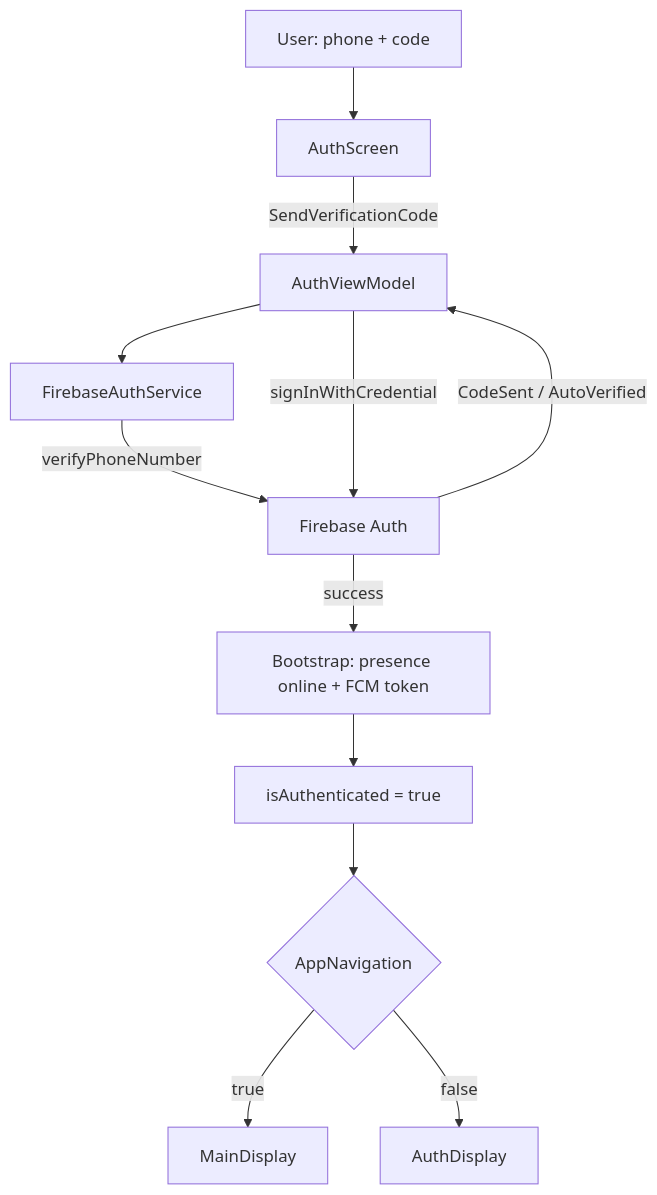
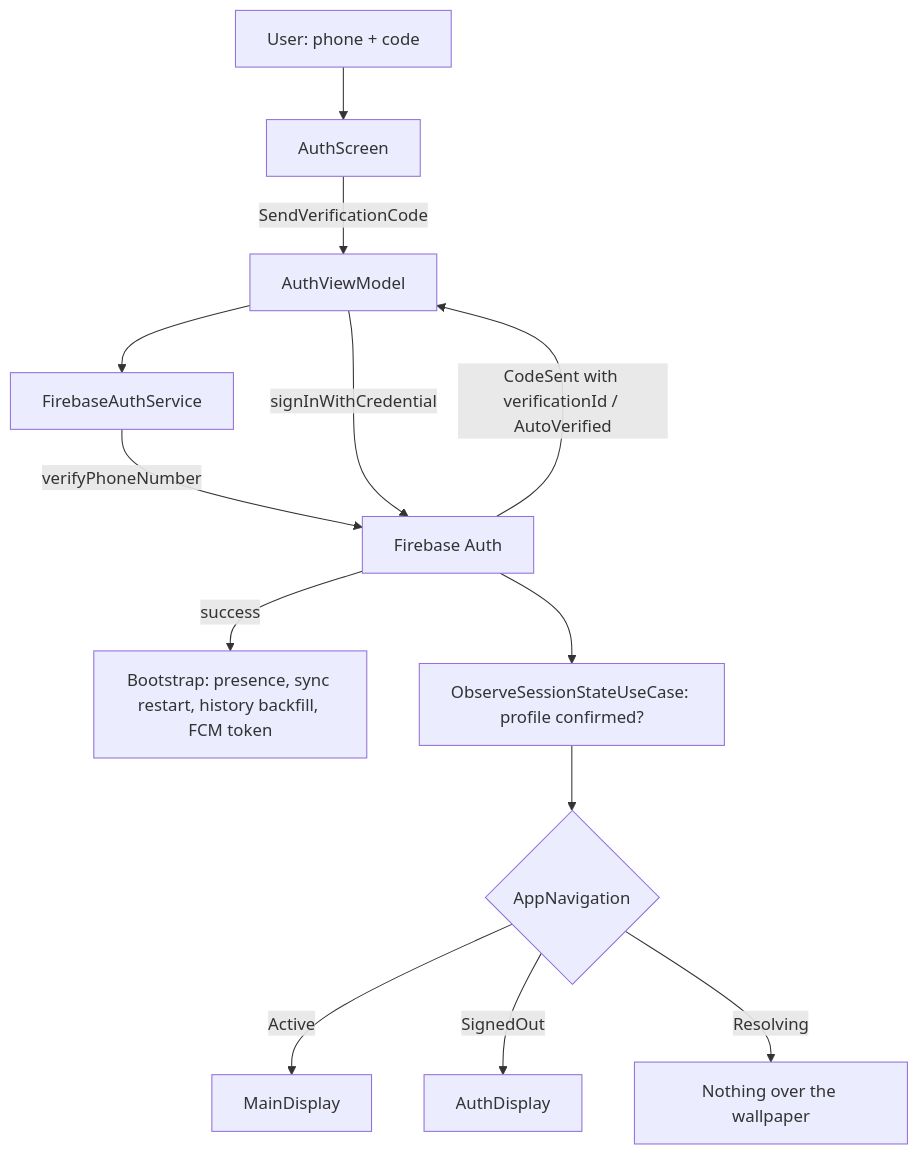
One commit to DerekBurned/messenger-docs changed the diagram in 02 - Features/Authentication.md. Above: the diagram before and after it, drawn with Mermaid. The commit also changed other lines of this file and 4 other files, not shown here.

Commit message:
Update Authentication for the session gate, per-flow verification ids and logout hygiene

````diff
--- a/02 - Features/Authentication.md
+++ b/02 - Features/Authentication.md
@@ -90,14 +157,15 @@
 ```mermaid
 flowchart TD
     U[User: phone + code] --> AS[AuthScreen]
     AS -->|SendVerificationCode| VM[AuthViewModel]
     VM --> FAS[FirebaseAuthService]
     FAS -->|verifyPhoneNumber| FB[Firebase Auth]
-    FB -->|CodeSent / AutoVerified| VM
+    FB -->|CodeSent with verificationId / AutoVerified| VM
     VM -->|signInWithCredential| FB
-    FB -->|success| BOOT[Bootstrap: presence online + FCM token]
-    BOOT --> ST[isAuthenticated = true]
-    ST --> NAV{AppNavigation}
-    NAV -->|true| MAIN[MainDisplay]
-    NAV -->|false| LOGIN[AuthDisplay]
+    FB -->|success| BOOT[Bootstrap: presence, sync restart, history backfill, FCM token]
+    FB --> SESS[ObserveSessionStateUseCase: profile confirmed?]
+    SESS --> NAV{AppNavigation}
+    NAV -->|Active| MAIN[MainDisplay]
+    NAV -->|SignedOut| LOGIN[AuthDisplay]
+    NAV -->|Resolving| WAIT[Nothing over the wallpaper]
 ```
````
